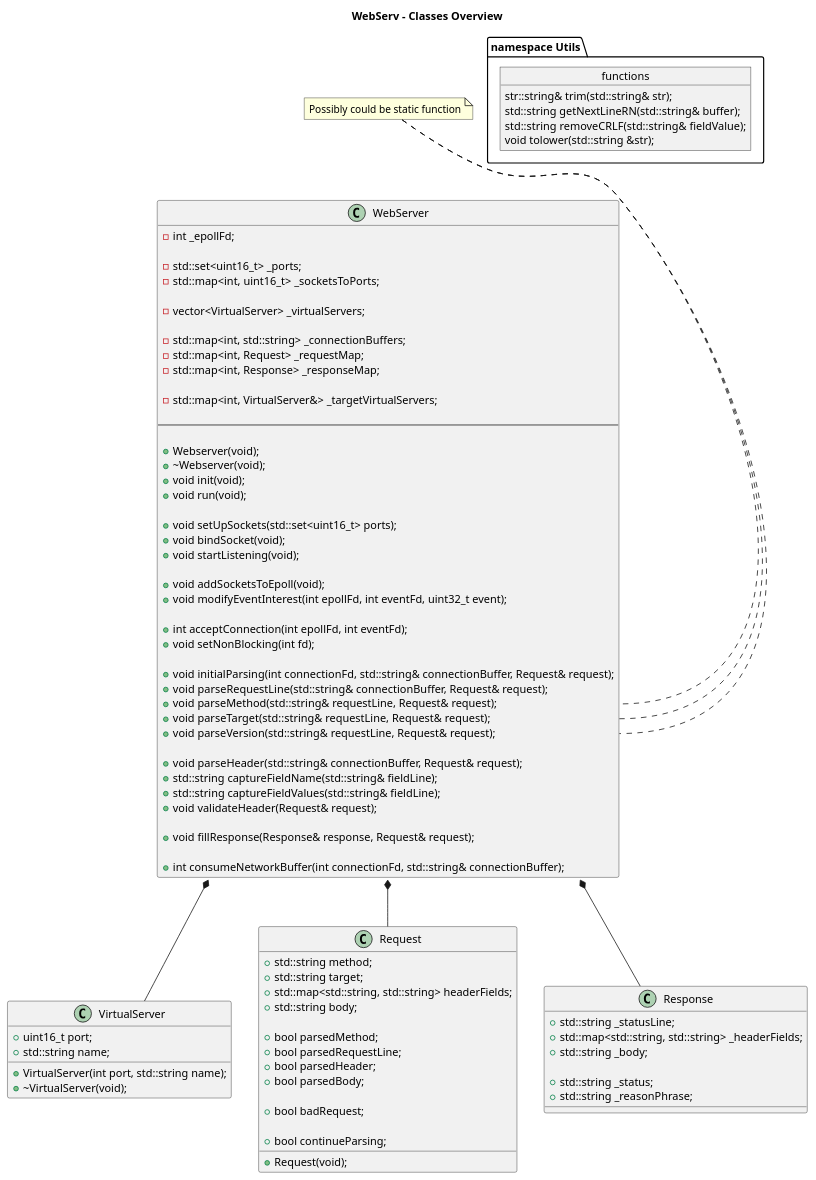
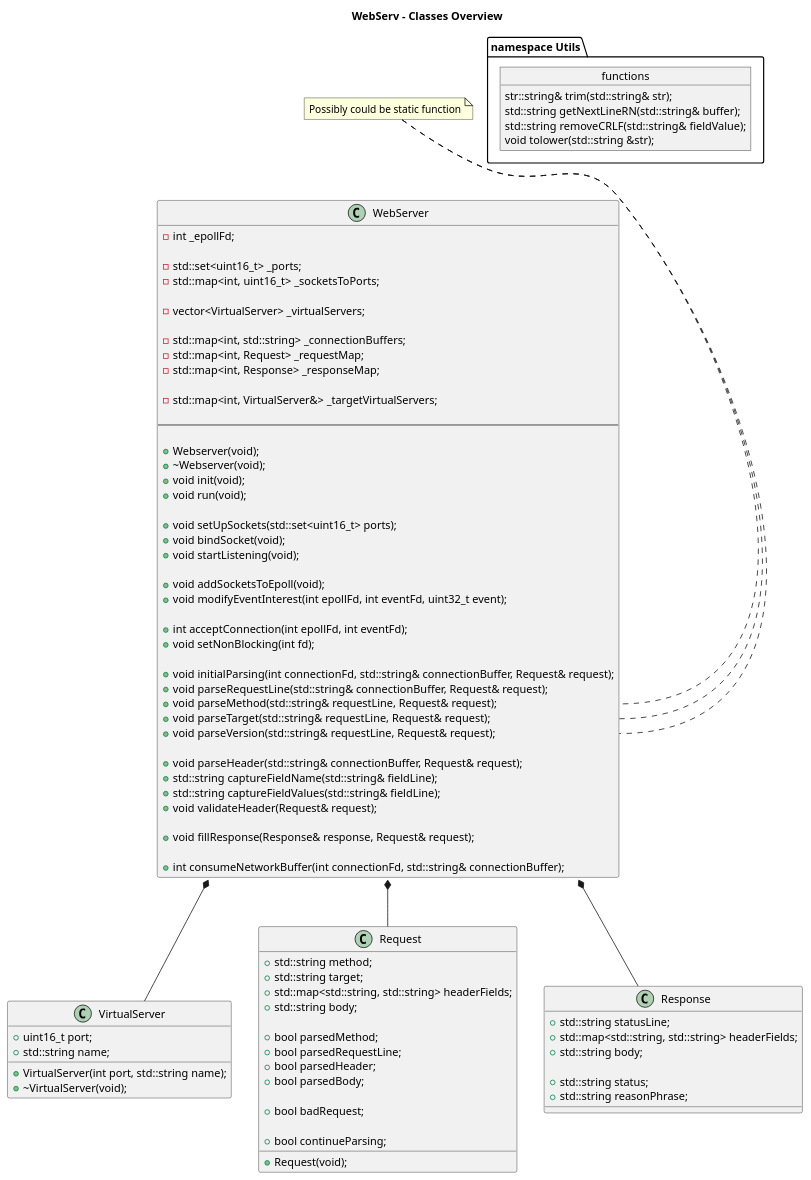
One commit to thaisnishimoto/42sp_Webserv changed the diagram in docs/webservSchema.puml. Above: the diagram before and after it, drawn with PlantUML.

Commit message:
docs:update name of member variables in Response diagram

```diff
--- a/docs/webservSchema.puml
+++ b/docs/webservSchema.puml
@@ -1,110 +1,110 @@
 @startuml
 
 Title WebServ - Classes Overview
 
 WebServer *-- VirtualServer
 WebServer *-- Request
 WebServer *-- Response
 
 class WebServer
 {
 	-int _epollFd;
 
 	-std::set<uint16_t> _ports;
 	-std::map<int, uint16_t> _socketsToPorts;
 
 	-vector<VirtualServer> _virtualServers;
 
 	-std::map<int, std::string> _connectionBuffers;
 	-std::map<int, Request> _requestMap;
 	-std::map<int, Response> _responseMap;
 
 	-std::map<int, VirtualServer&> _targetVirtualServers;
 
 	--
 
 	+Webserver(void);
 	+\~Webserver(void);
 	+void init(void);
 	+void run(void);
 
 	+void setUpSockets(std::set<uint16_t> ports);
 	+void bindSocket(void);
 	+void startListening(void);
 
 	+void addSocketsToEpoll(void);
 	+void modifyEventInterest(int epollFd, int eventFd, uint32_t event);
 
 	+int acceptConnection(int epollFd, int eventFd);
 	+void setNonBlocking(int fd);
 
 	+void initialParsing(int connectionFd, std::string& connectionBuffer, Request& request);
 	+void parseRequestLine(std::string& connectionBuffer, Request& request);
 	+void parseMethod(std::string& requestLine, Request& request);
 	+void parseTarget(std::string& requestLine, Request& request);
 	+void parseVersion(std::string& requestLine, Request& request);
 
 	+void parseHeader(std::string& connectionBuffer, Request& request);
 	+std::string captureFieldName(std::string& fieldLine);
 	+std::string captureFieldValues(std::string& fieldLine);
 	+void validateHeader(Request& request);
 
 	+void fillResponse(Response& response, Request& request);
 
 	+int consumeNetworkBuffer(int connectionFd, std::string& connectionBuffer);
 }
 
 note "Possibly could be static function" as N1
 N1  .. WebServer::parseMethod
 N1  .. WebServer::parseTarget
 N1  .. WebServer::parseVersion
 
 class VirtualServer
 {
 	+uint16_t port;
 	+std::string name;
 
 	+VirtualServer(int port, std::string name);
 	+\~VirtualServer(void);
 }
 
 class	Request
 {
 	+std::string method;
 	+std::string target;
 	+std::map<std::string, std::string> headerFields;
 	+std::string body;
 
 	+bool parsedMethod;
 	+bool parsedRequestLine;
 	+bool parsedHeader;
 	+bool parsedBody;
 
 	+bool badRequest;
 
 	+bool continueParsing;
 
 	+Request(void);
 }
 
 class	Response
 {
-	+std::string _statusLine;
-	+std::map<std::string, std::string> _headerFields;
-	+std::string _body;
+	+std::string statusLine;
+	+std::map<std::string, std::string> headerFields;
+	+std::string body;
 
-	+std::string _status;
-	+std::string _reasonPhrase;
+	+std::string status;
+	+std::string reasonPhrase;
 }
 
 package "namespace Utils"
 {
 	object functions{
 		str::string& trim(std::string& str);
 		std::string getNextLineRN(std::string& buffer);
 		std::string removeCRLF(std::string& fieldValue);
 		void tolower(std::string &str);
 	}
 }
 
 @enduml
```
